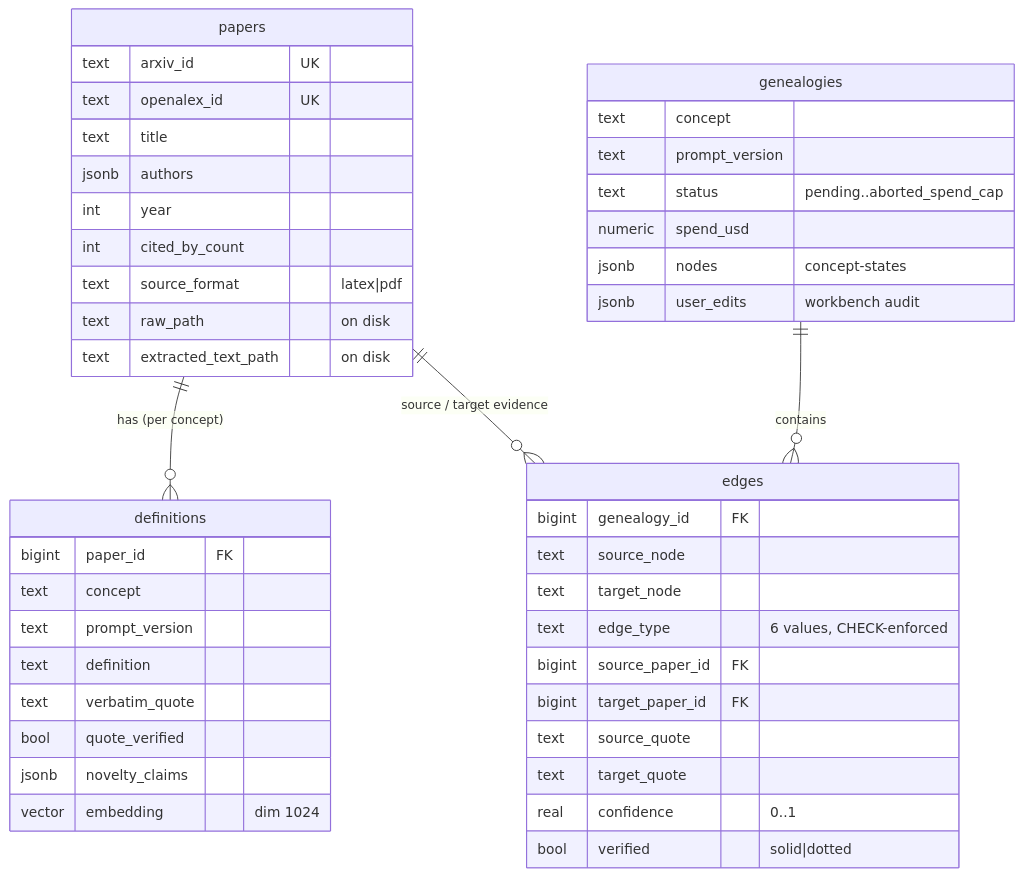
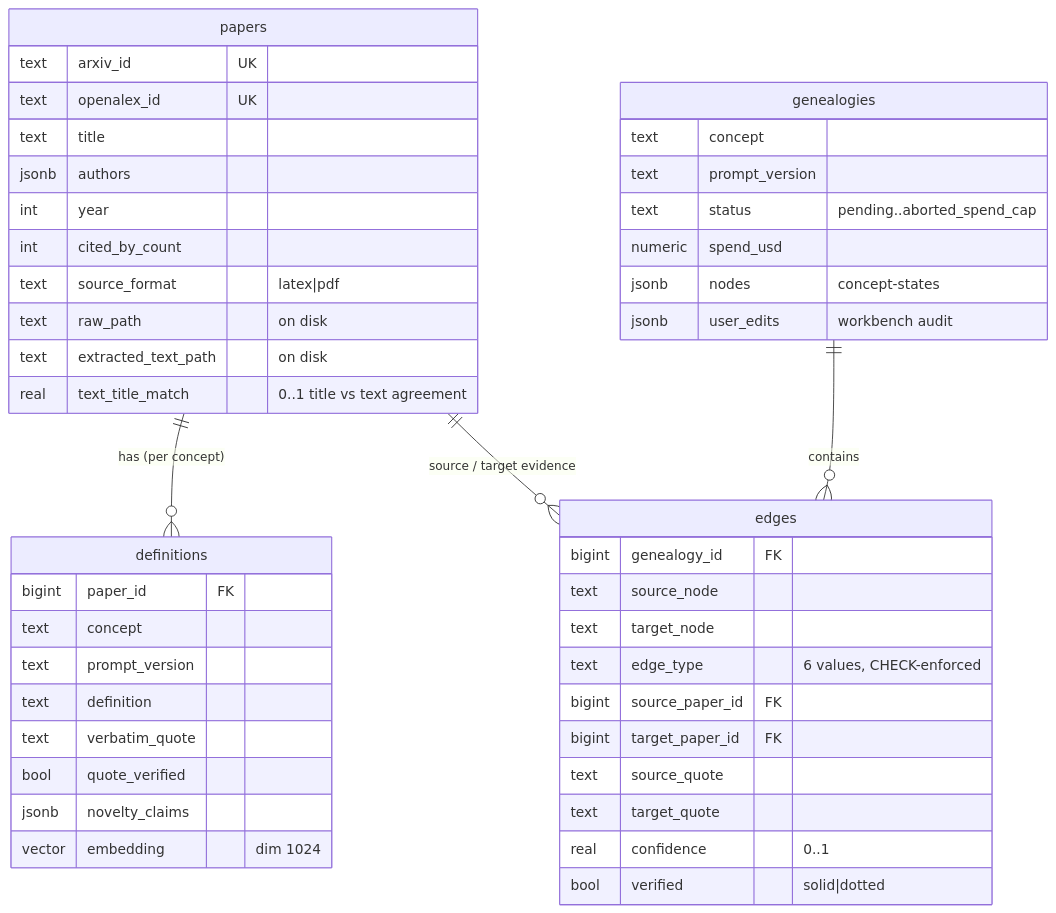
One commit to rgok001/Lineage changed the second of 2 diagrams in docs/ARCHITECTURE.md. Above: the diagram before and after it, drawn with Mermaid. The commit also changed other lines of this file and 2 other files, not shown here.

````diff
--- a/docs/ARCHITECTURE.md
+++ b/docs/ARCHITECTURE.md
@@ -162,48 +162,49 @@
 ```mermaid
 erDiagram
     papers ||--o{ definitions : "has (per concept)"
     genealogies ||--o{ edges : contains
     papers ||--o{ edges : "source / target evidence"
 
     papers {
         text arxiv_id UK
         text openalex_id UK
         text title
         jsonb authors
         int year
         int cited_by_count
         text source_format "latex|pdf"
         text raw_path "on disk"
         text extracted_text_path "on disk"
+        real text_title_match "0..1 title vs text agreement"
     }
     definitions {
         bigint paper_id FK
         text concept
         text prompt_version
         text definition
         text verbatim_quote
         bool quote_verified
         jsonb novelty_claims
         vector embedding "dim 1024"
     }
     genealogies {
         text concept
         text prompt_version
         text status "pending..aborted_spend_cap"
         numeric spend_usd
         jsonb nodes "concept-states"
         jsonb user_edits "workbench audit"
     }
     edges {
         bigint genealogy_id FK
         text source_node
         text target_node
         text edge_type "6 values, CHECK-enforced"
         bigint source_paper_id FK
         bigint target_paper_id FK
         text source_quote
         text target_quote
         real confidence "0..1"
         bool verified "solid|dotted"
     }
 ```
````
